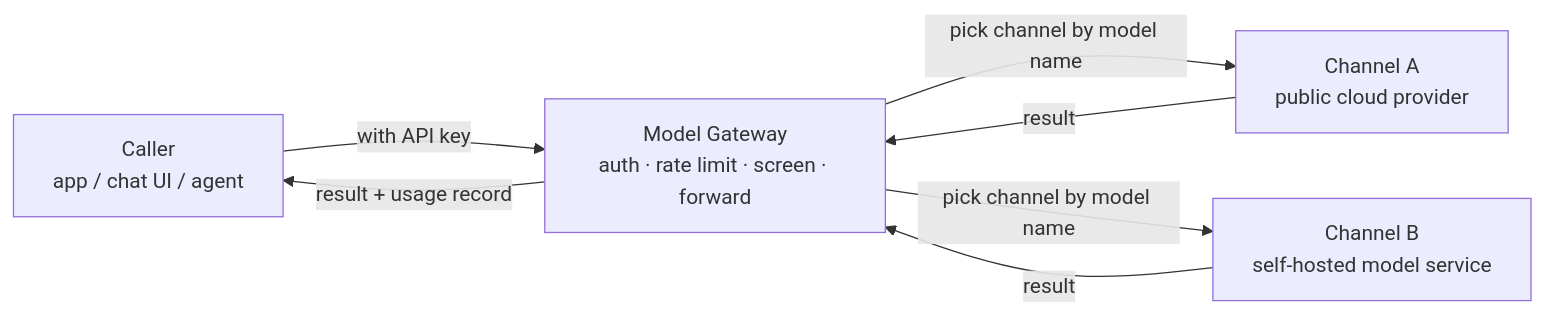
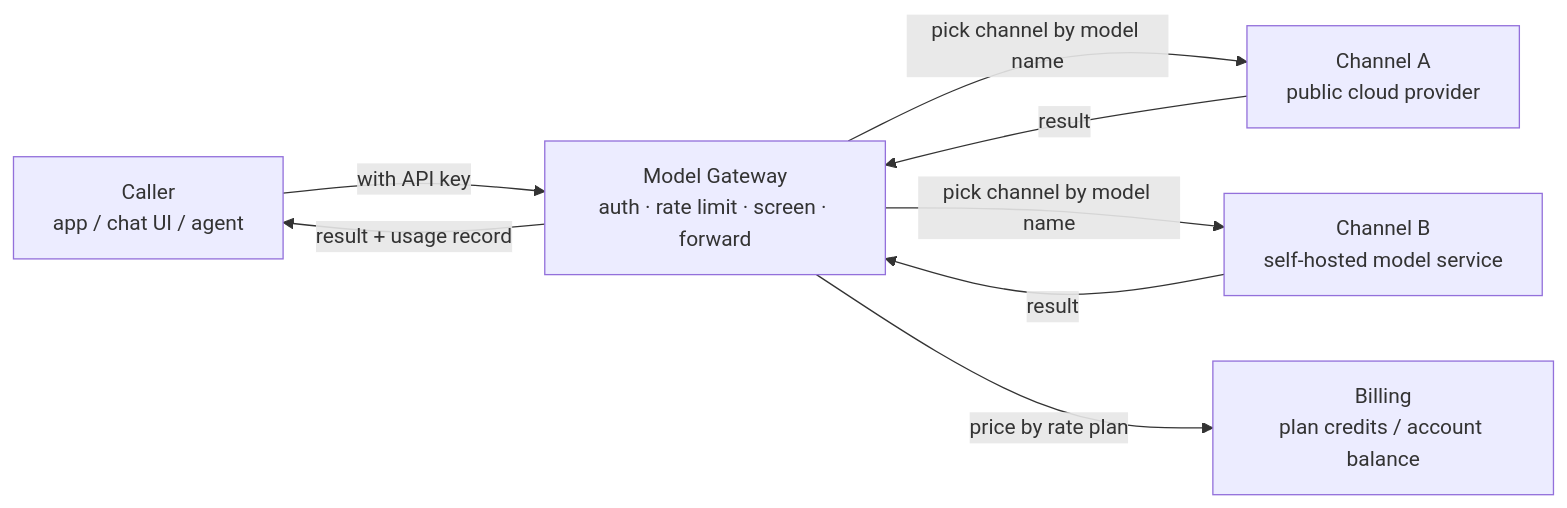
The first of 2 diagrams in src/pages/docs/en/20.boss/02.gateway/index.md (poxiaoyun/docs), drawn with Mermaid before and after one commit. The commit also changed other lines of this file and 388 other files, not shown here.

First line of the commit message:
docs: 全站对齐 xiaoshi-rune-console main，重写 272 页并补齐实拍截图 (#3)

````diff
--- a/src/pages/docs/en/20.boss/02.gateway/index.md
+++ b/src/pages/docs/en/20.boss/02.gateway/index.md
@@ -30,9 +32,10 @@
 ```mermaid
 flowchart LR
   Caller[Caller<br/>app / chat UI / agent] -->|with API key| GW[Model Gateway<br/>auth · rate limit · screen · forward]
   GW -->|pick channel by model name| CH1[Channel A<br/>public cloud provider]
   GW -->|pick channel by model name| CH2[Channel B<br/>self-hosted model service]
   CH1 -->|result| GW
   CH2 -->|result| GW
+  GW -->|price by rate plan| Bill[Billing<br/>plan credits / account balance]
   GW -->|result + usage record| Caller
 ```
````
